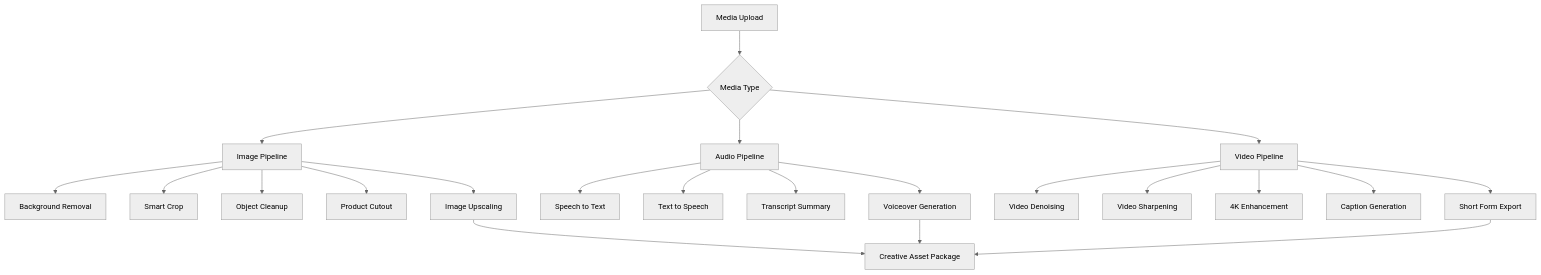
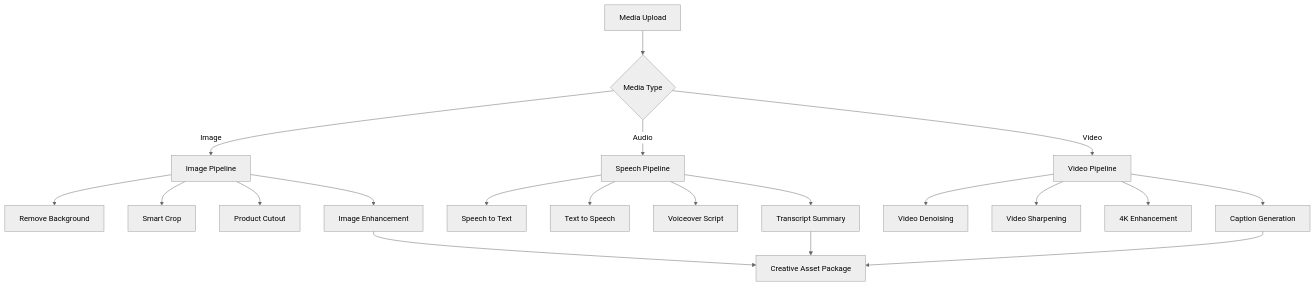
One commit to SwapnilMundhekar/WebCut.ai-CreativeOps-Agent-Platform changed the third of 8 diagrams in README.md. Above: the diagram before and after it, drawn with Mermaid (neutral theme). The commit also changed other lines of this file, not shown here.

````diff
--- a/README.md
+++ b/README.md
@@ -348,29 +150,27 @@
 ```mermaid
-flowchart TB
-    UPLOAD[Media Upload] --> TYPE{Media Type}
+flowchart TD
+    A[Media Upload] --> B{Media Type}
 
-    TYPE --> IMG[Image Pipeline]
-    TYPE --> AUD[Audio Pipeline]
-    TYPE --> VID[Video Pipeline]
+    B -->|Image| C[Image Pipeline]
+    B -->|Audio| D[Speech Pipeline]
+    B -->|Video| E[Video Pipeline]
 
-    IMG --> IMG1[Background Removal]
-    IMG --> IMG2[Smart Crop]
-    IMG --> IMG3[Object Cleanup]
-    IMG --> IMG4[Product Cutout]
-    IMG --> IMG5[Image Upscaling]
+    C --> C1[Remove Background]
+    C --> C2[Smart Crop]
+    C --> C3[Product Cutout]
+    C --> C4[Image Enhancement]
 
-    AUD --> AUD1[Speech to Text]
-    AUD --> AUD2[Text to Speech]
-    AUD --> AUD3[Transcript Summary]
-    AUD --> AUD4[Voiceover Generation]
+    D --> D1[Speech to Text]
+    D --> D2[Text to Speech]
+    D --> D3[Voiceover Script]
+    D --> D4[Transcript Summary]
 
-    VID --> VID1[Video Denoising]
-    VID --> VID2[Video Sharpening]
-    VID --> VID3[4K Enhancement]
-    VID --> VID4[Caption Generation]
-    VID --> VID5[Short Form Export]
+    E --> E1[Video Denoising]
+    E --> E2[Video Sharpening]
+    E --> E3[4K Enhancement]
+    E --> E4[Caption Generation]
 
-    IMG5 --> PACKAGE[Creative Asset Package]
-    AUD4 --> PACKAGE
-    VID5 --> PACKAGE
+    C4 --> F[Creative Asset Package]
+    D4 --> F
+    E4 --> F
 ```
````
